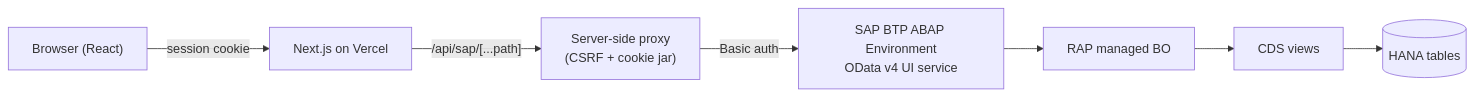
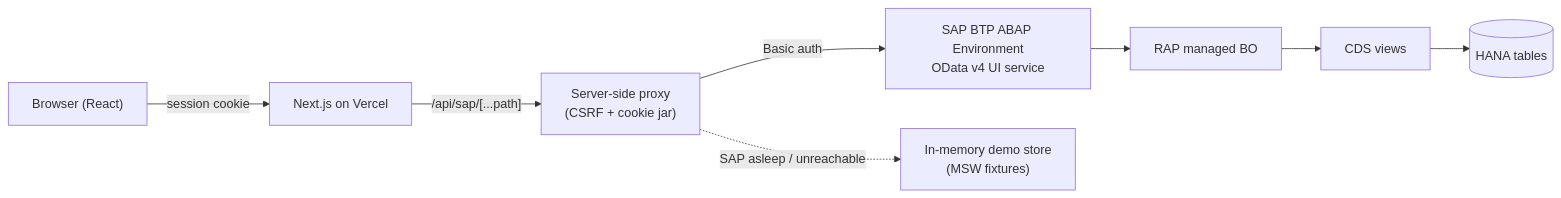
One commit to rakshithc4/procureflow changed the diagram in README.md. Above: the diagram before and after it, drawn with Mermaid. The commit also changed other lines of this file and 7 other files, not shown here.

````diff
--- a/README.md
+++ b/README.md
@@ -17,9 +32,10 @@
 ```mermaid
 flowchart LR
   Browser["Browser (React)"] -->|session cookie| NextJS["Next.js on Vercel"]
   NextJS -->|"/api/sap/[...path]"| Proxy["Server-side proxy\n(CSRF + cookie jar)"]
   Proxy -->|Basic auth| SAP["SAP BTP ABAP Environment\nOData v4 UI service"]
+  Proxy -.->|"SAP asleep / unreachable"| Demo["In-memory demo store\n(MSW fixtures)"]
   SAP --> RAP["RAP managed BO"]
   RAP --> CDS["CDS views"]
   CDS --> HANA[("HANA tables")]
 ```
````
